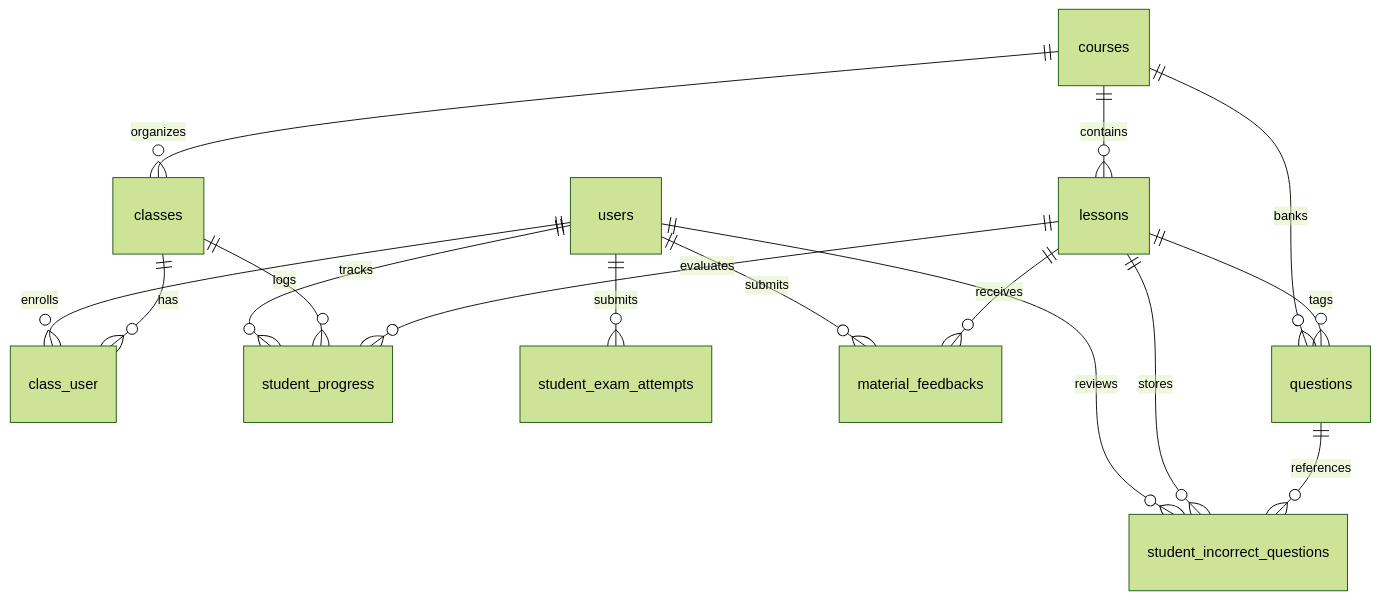
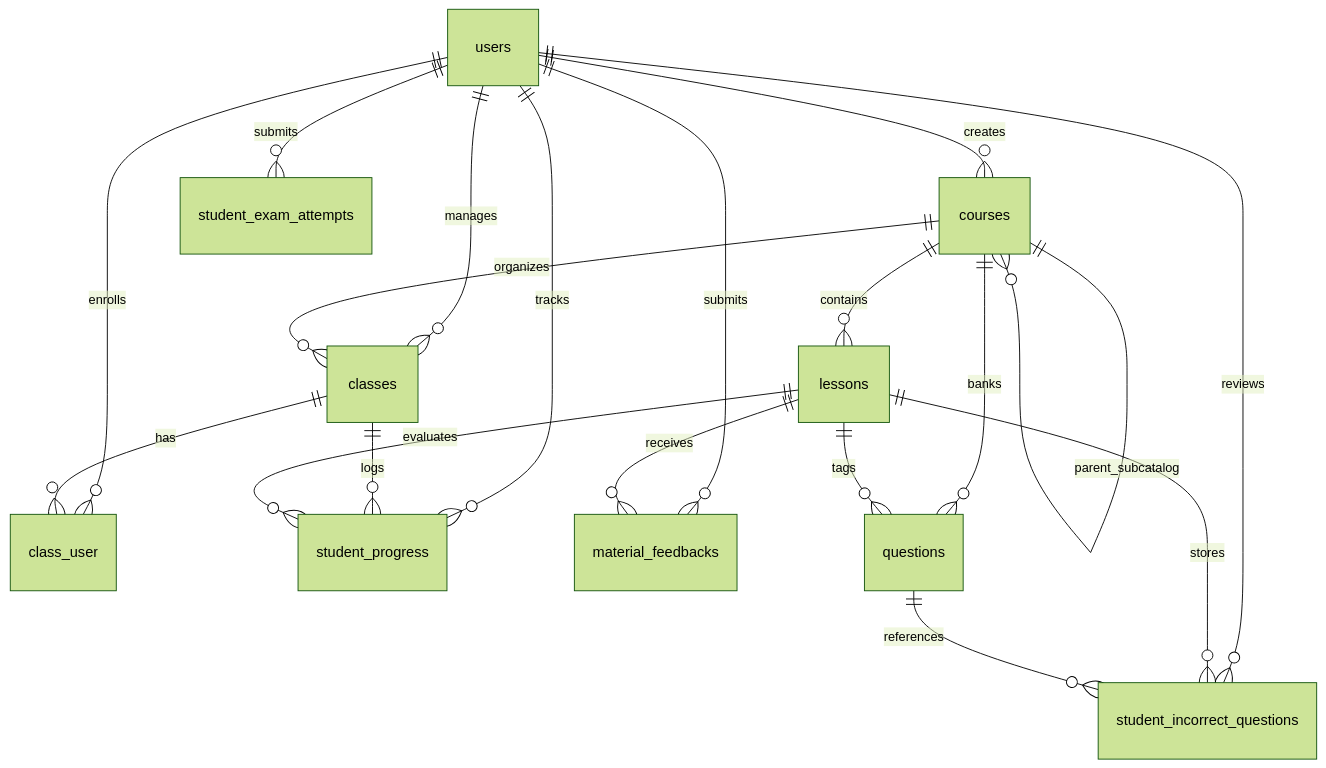
One commit to maivanco/online-learning-vkn changed the diagram in README.md. Above: the diagram before and after it, drawn with Mermaid (forest theme). The commit also changed other lines of this file and 23 other files, not shown here.

````diff
--- a/README.md
+++ b/README.md
@@ -118,22 +114,25 @@
 ```mermaid
 erDiagram
+    users ||--o{ courses : creates
+    users ||--o{ classes : manages
     users ||--o{ class_user : enrolls
     users ||--o{ student_progress : tracks
     users ||--o{ student_exam_attempts : submits
     users ||--o{ student_incorrect_questions : reviews
     users ||--o{ material_feedbacks : submits
     
+    courses ||--o{ courses : parent_subcatalog
     courses ||--o{ classes : organizes
     courses ||--o{ lessons : contains
     courses ||--o{ questions : banks
     
     classes ||--o{ class_user : has
     classes ||--o{ student_progress : logs
     
     lessons ||--o{ questions : tags
     lessons ||--o{ material_feedbacks : receives
     lessons ||--o{ student_progress : evaluates
     lessons ||--o{ student_incorrect_questions : stores
     
     questions ||--o{ student_incorrect_questions : references
 ```
````
